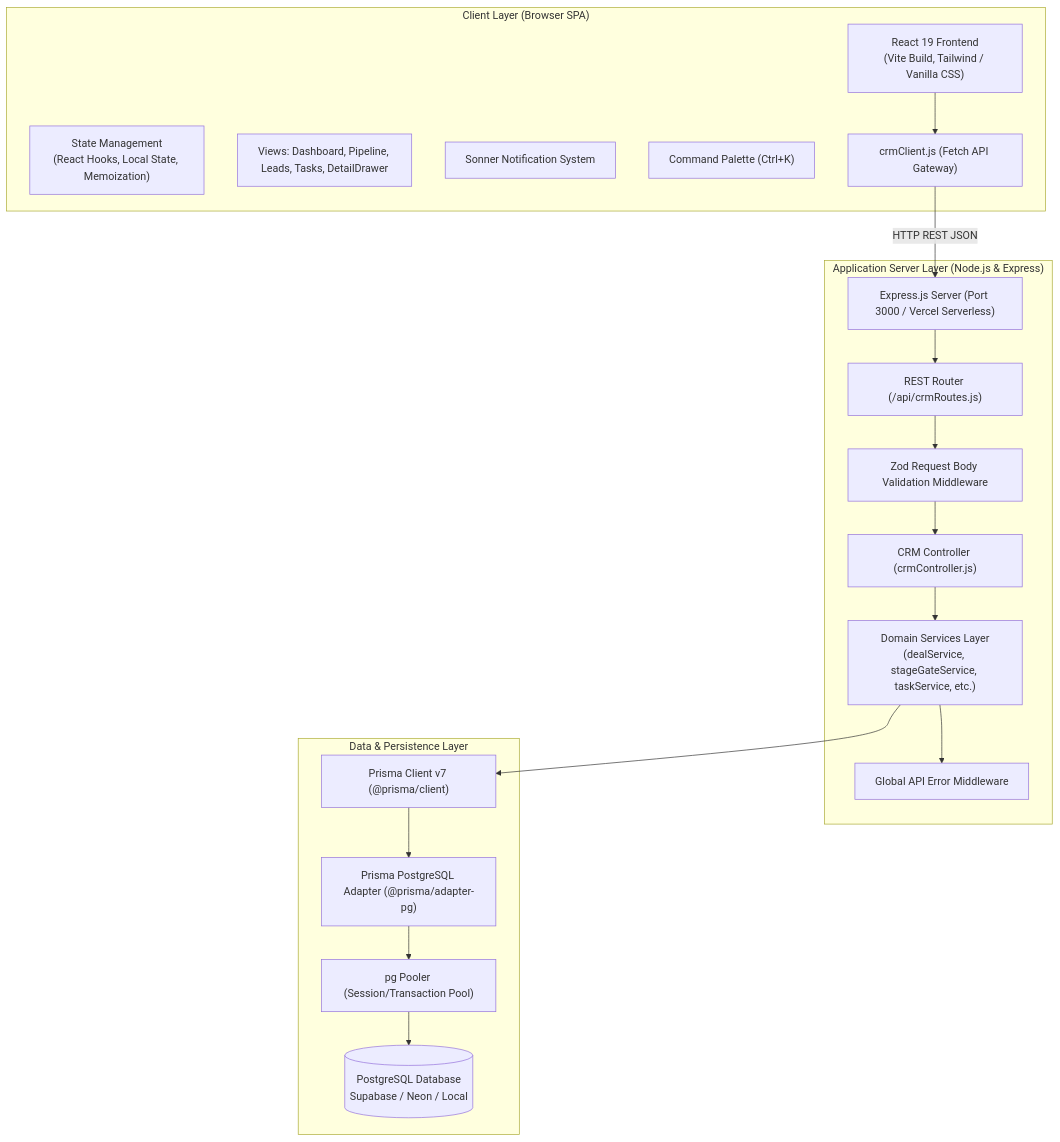
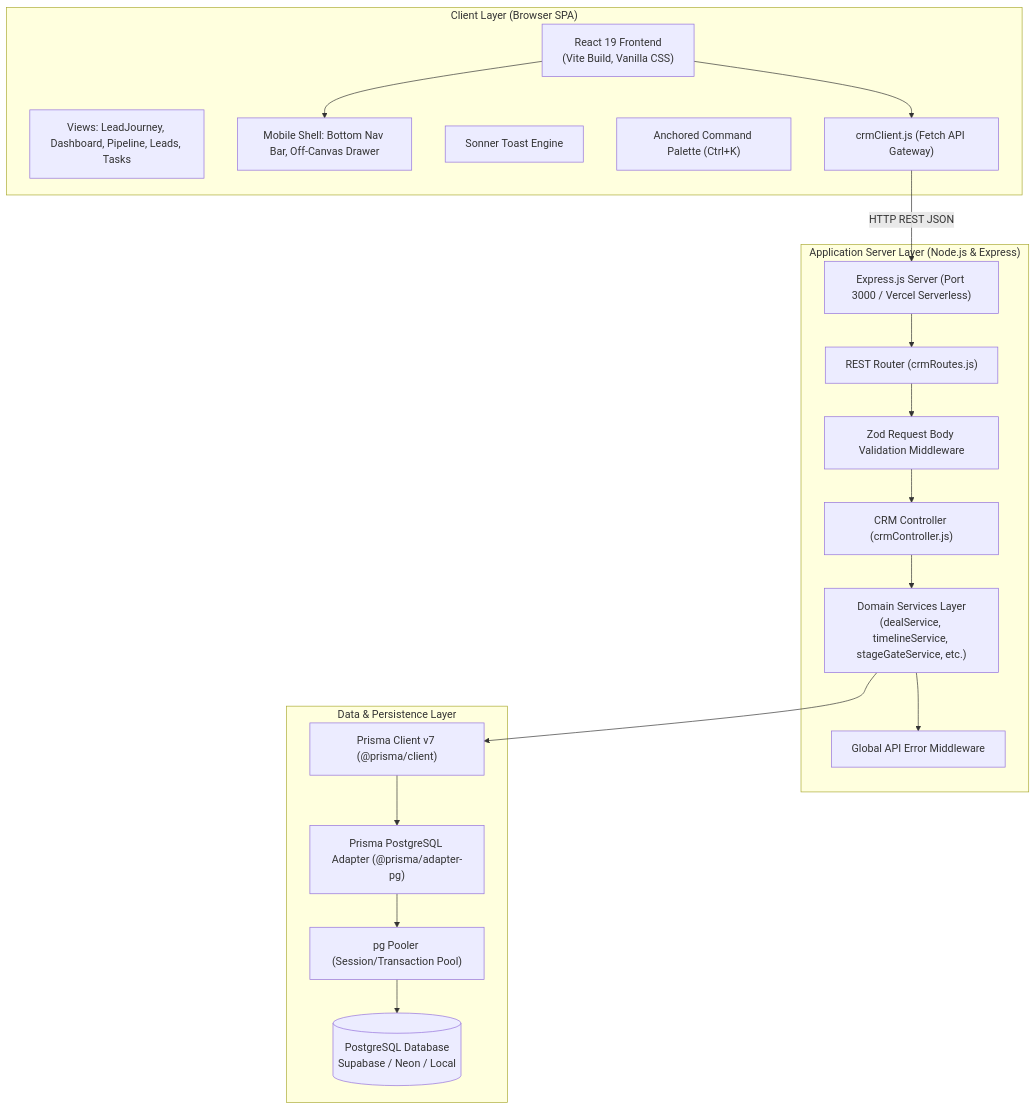
The diagram in architecture.md (DevSolanki13/CRM-Demo), drawn with Mermaid before and after one commit. The commit also changed other lines of this file and 7 other files, not shown here.

Commit message:
docs: update project documentation to reflect current architecture, features, and test suites

````diff
--- a/architecture.md
+++ b/architecture.md
@@ -23,39 +23,40 @@
 ```mermaid
 graph TB
     subgraph Client Layer ["Client Layer (Browser SPA)"]
-        UI["React 19 Frontend<br>(Vite Build, Tailwind / Vanilla CSS)"]
-        State["State Management<br>(React Hooks, Local State, Memoization)"]
-        Components["Views: Dashboard, Pipeline, Leads, Tasks, DetailDrawer"]
-        Toaster["Sonner Notification System"]
-        Search["Command Palette (Ctrl+K)"]
+        UI["React 19 Frontend<br>(Vite Build, Vanilla CSS)"]
+        Components["Views: LeadJourney, Dashboard, Pipeline, Leads, Tasks"]
+        MobileShell["Mobile Shell: Bottom Nav Bar, Off-Canvas Drawer"]
+        Toaster["Sonner Toast Engine"]
+        Search["Anchored Command Palette (Ctrl+K)"]
         ClientAPI["crmClient.js (Fetch API Gateway)"]
     end
 
     subgraph Server Layer ["Application Server Layer (Node.js & Express)"]
         Express["Express.js Server (Port 3000 / Vercel Serverless)"]
-        Router["REST Router (/api/crmRoutes.js)"]
+        Router["REST Router (crmRoutes.js)"]
         Validation["Zod Request Body Validation Middleware"]
         Controllers["CRM Controller (crmController.js)"]
-        Services["Domain Services Layer<br>(dealService, stageGateService, taskService, etc.)"]
+        Services["Domain Services Layer<br>(dealService, timelineService, stageGateService, etc.)"]
         ErrorHandler["Global API Error Middleware"]
     end
 
     subgraph Data Layer ["Data & Persistence Layer"]
         PrismaClient["Prisma Client v7 (@prisma/client)"]
         Adapter["Prisma PostgreSQL Adapter (@prisma/adapter-pg)"]
         Pool["pg Pooler (Session/Transaction Pool)"]
         Postgres[(PostgreSQL Database<br>Supabase / Neon / Local)]
     end
 
+    UI --> MobileShell
     UI --> ClientAPI
     ClientAPI -->|HTTP REST JSON| Express
     Express --> Router
     Router --> Validation
     Validation --> Controllers
     Controllers --> Services
     Services --> ErrorHandler
     Services --> PrismaClient
     PrismaClient --> Adapter
     Adapter --> Pool
     Pool --> Postgres
 ```
````
